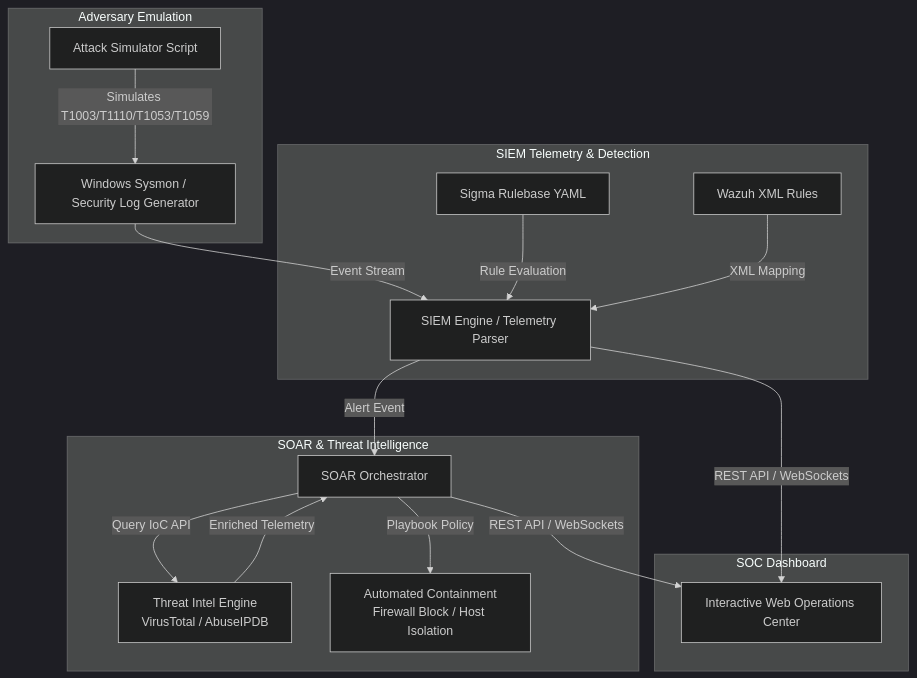
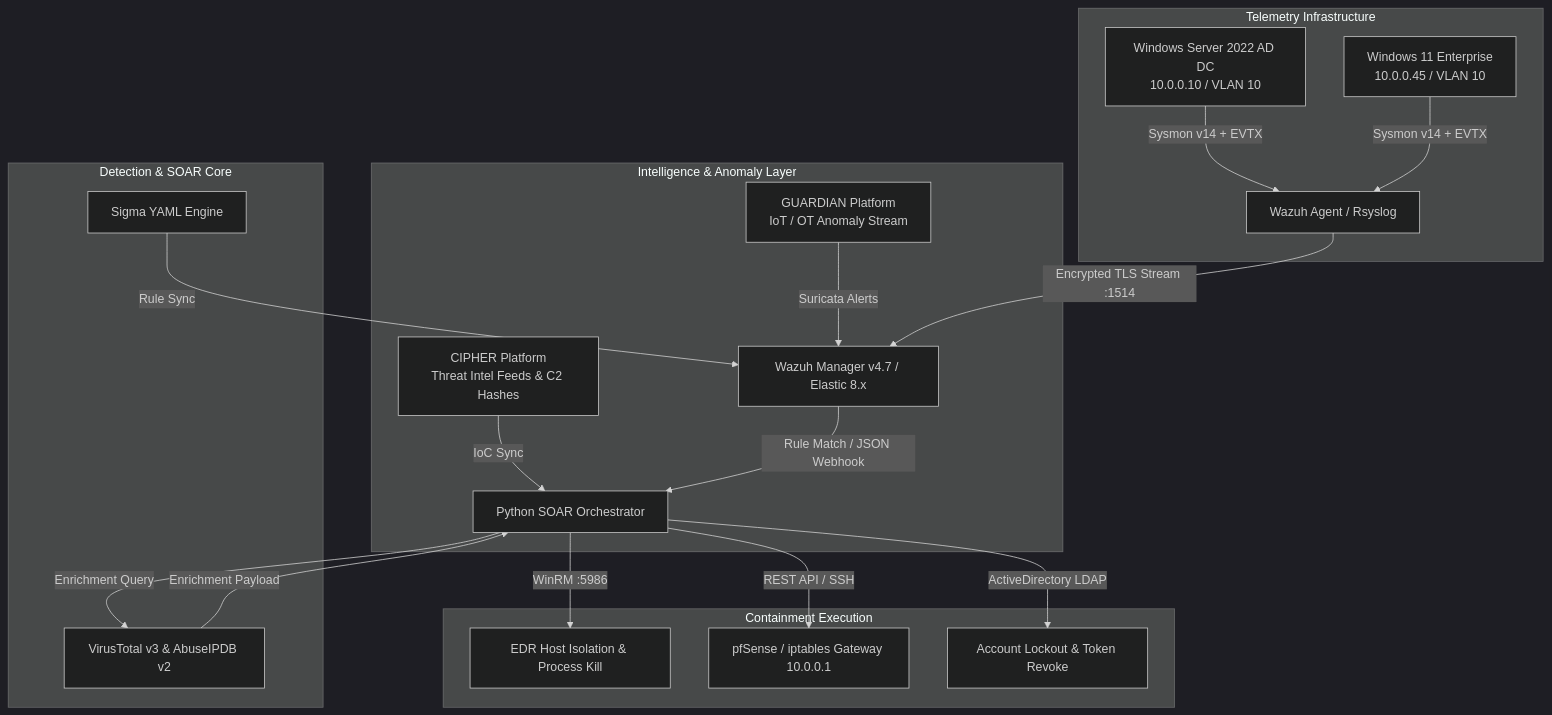
Before and after one commit to lumidren/CyberPulse-SOC-Suite: the diagram in docs/ARCHITECTURE.md, drawn with Mermaid (dark theme). The commit also changed other lines of this file and 1 other file, not shown here.

Commit message:
docs: add technical lab topology, containment mechanics, metrics, and portfolio ecosystem linkage

````diff
--- a/docs/ARCHITECTURE.md
+++ b/docs/ARCHITECTURE.md
@@ -6,23 +6,26 @@
 ```mermaid
 flowchart TD
-    subgraph Adversary Emulation
-        A[Attack Simulator Script] -->|Simulates T1003/T1110/T1053/T1059| B[Windows Sysmon / Security Log Generator]
+    subgraph Intelligence & Anomaly Layer
+        CIPHER[CIPHER Platform<br/>Threat Intel Feeds & C2 Hashes] -->|IoC Sync| SOAR
+        GUARDIAN[GUARDIAN Platform<br/>IoT / OT Anomaly Stream] -->|Suricata Alerts| SIEM[Wazuh Manager v4.7 / Elastic 8.x]
     end
 
-    subgraph SIEM Telemetry & Detection
-        B -->|Event Stream| C[SIEM Engine / Telemetry Parser]
-        D[Sigma Rulebase YAML] -->|Rule Evaluation| C
-        E[Wazuh XML Rules] -->|XML Mapping| C
+    subgraph Telemetry Infrastructure
+        DC[Windows Server 2022 AD DC<br/>10.0.0.10 / VLAN 10] -->|Sysmon v14 + EVTX| AGENT[Wazuh Agent / Rsyslog]
+        WS[Windows 11 Enterprise<br/>10.0.0.45 / VLAN 10] -->|Sysmon v14 + EVTX| AGENT
+        AGENT -->|Encrypted TLS Stream :1514| SIEM
     end
 
-    subgraph SOAR & Threat Intelligence
-        C -->|Alert Event| F[SOAR Orchestrator]
-        F -->|Query IoC API| G[Threat Intel Engine<br/>VirusTotal / AbuseIPDB]
-        G -->|Enriched Telemetry| F
-        F -->|Playbook Policy| H[Automated Containment<br/>Firewall Block / Host Isolation]
+    subgraph Detection & SOAR Core
+        SIEM -->|Rule Match / JSON Webhook| SOAR[Python SOAR Orchestrator]
+        SIGMA[Sigma YAML Engine] -->|Rule Sync| SIEM
+        SOAR -->|Enrichment Query| VT[VirusTotal v3 & AbuseIPDB v2]
+        VT -->|Enrichment Payload| SOAR
     end
 
-    subgraph SOC Dashboard
-        C & F -->|REST API / WebSockets| I[Interactive Web Operations Center]
+    subgraph Containment Execution
+        SOAR -->|WinRM :5986| ISOLATE[EDR Host Isolation & Process Kill]
+        SOAR -->|REST API / SSH| FW[pfSense / iptables Gateway 10.0.0.1]
+        SOAR -->|ActiveDirectory LDAP| AD_MOD[Account Lockout & Token Revoke]
     end
 ```
````
